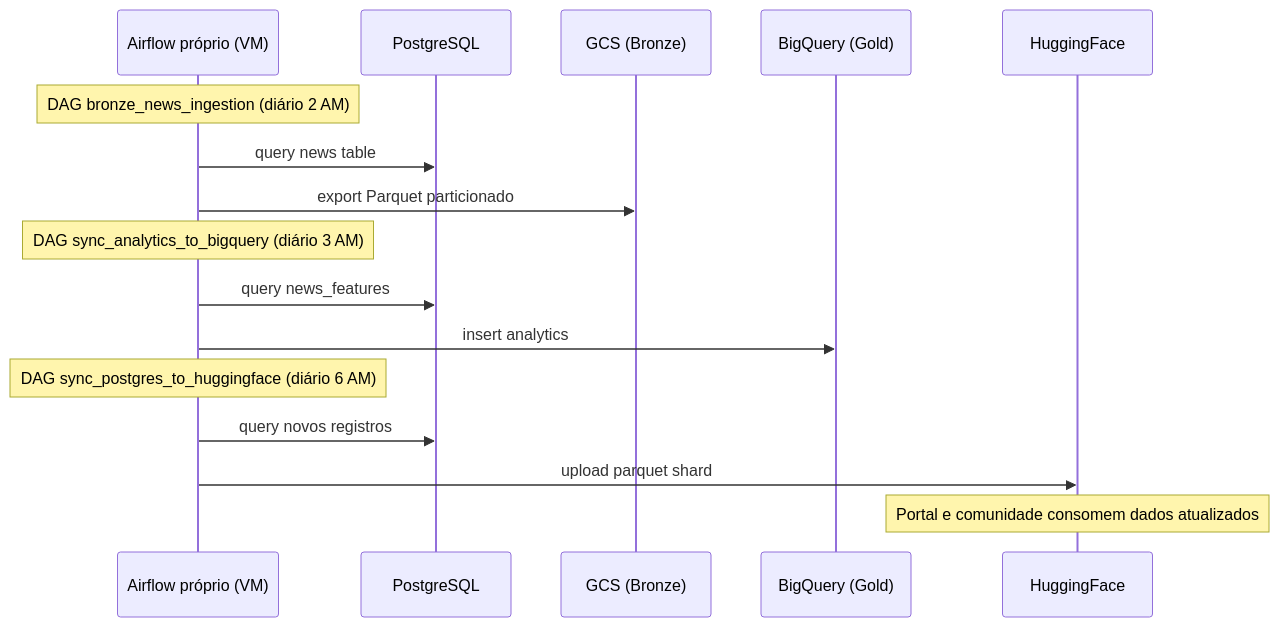
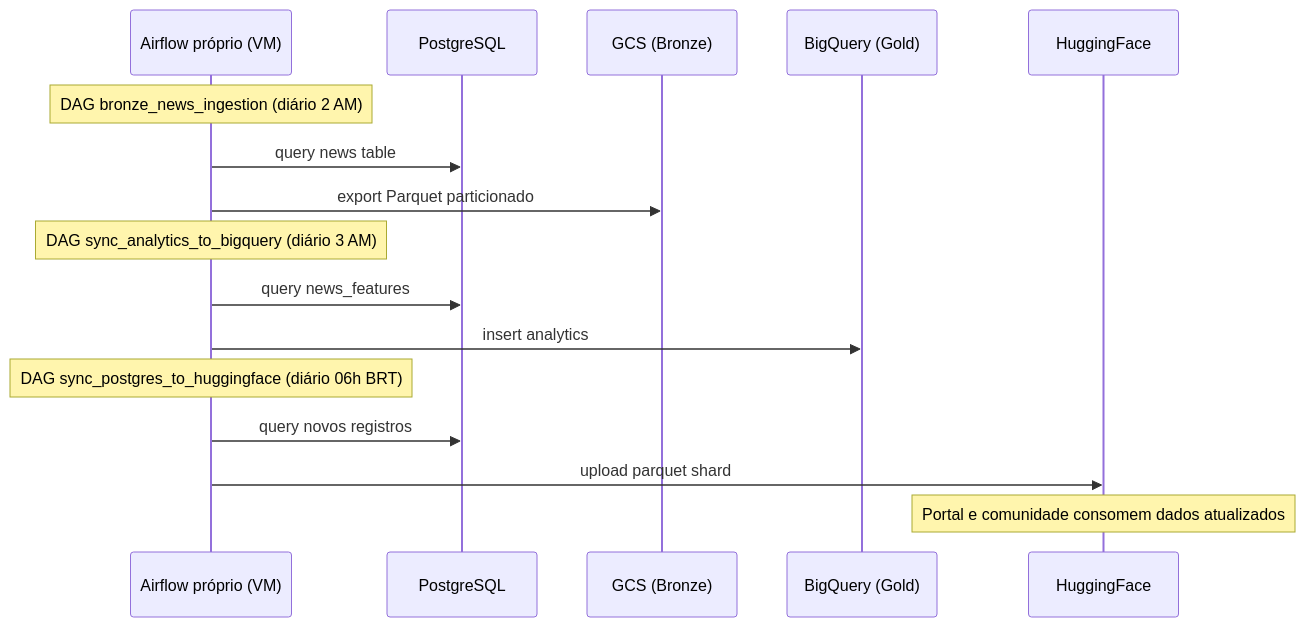
The fourth of 4 diagrams in docs/arquitetura/visao-geral.md (destaquesgovbr/docs), drawn with Mermaid before and after one commit. The commit also changed other lines of this file and 4 other files, not shown here.

````diff
--- a/docs/arquitetura/visao-geral.md
+++ b/docs/arquitetura/visao-geral.md
@@ -402,22 +402,22 @@
 ```mermaid
 sequenceDiagram
     participant Airflow as Airflow próprio (VM)
     participant PG as PostgreSQL
     participant GCS as GCS (Bronze)
     participant BQ as BigQuery (Gold)
     participant HF as HuggingFace
 
     Note over Airflow: DAG bronze_news_ingestion (diário 2 AM)
     Airflow->>PG: query news table
     Airflow->>GCS: export Parquet particionado
 
     Note over Airflow: DAG sync_analytics_to_bigquery (diário 3 AM)
     Airflow->>PG: query news_features
     Airflow->>BQ: insert analytics
 
-    Note over Airflow: DAG sync_postgres_to_huggingface (diário 6 AM)
+    Note over Airflow: DAG sync_postgres_to_huggingface (diário 06h BRT)
     Airflow->>PG: query novos registros
     Airflow->>HF: upload parquet shard
 
     Note over HF: Portal e comunidade consomem dados atualizados
 ```
````
